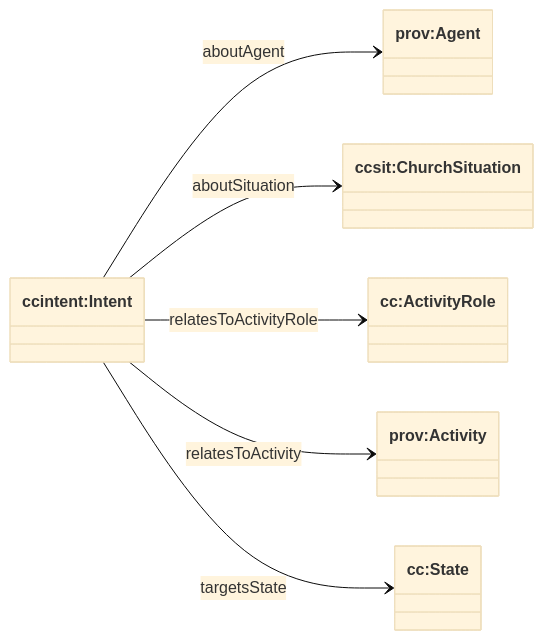
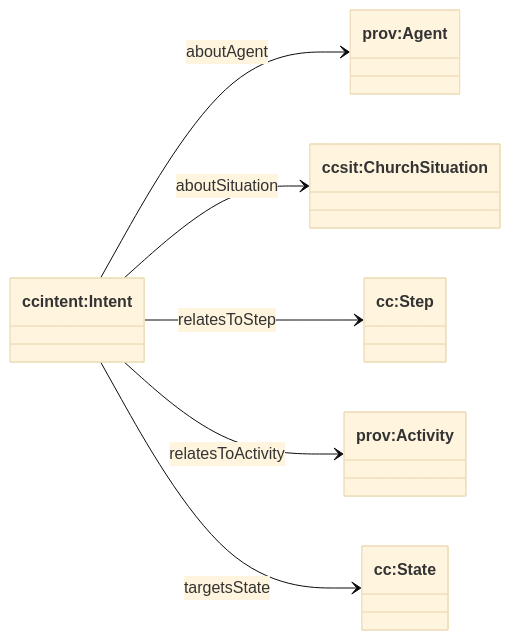
One commit to RichCanvas3/churchcore changed the second of 2 diagrams in packages/churchcore-ontology/docs/ontology/intent.md. Above: the diagram before and after it, drawn with Mermaid (base theme). The commit also changed 12 other files, not shown here.

Commit message:
changed ActivityRole to Step

````diff
--- a/packages/churchcore-ontology/docs/ontology/intent.md
+++ b/packages/churchcore-ontology/docs/ontology/intent.md
@@ -36,17 +36,17 @@
 ```mermaid
 classDiagram
 direction LR
 
 class ccintent_Intent["ccintent:Intent"]
 class prov_Agent["prov:Agent"]
 class ccsit_ChurchSituation["ccsit:ChurchSituation"]
-class cc_ActivityRole["cc:ActivityRole"]
+class cc_Step["cc:Step"]
 class prov_Activity["prov:Activity"]
 class cc_State["cc:State"]
 
 ccintent_Intent --> prov_Agent : aboutAgent
 ccintent_Intent --> ccsit_ChurchSituation : aboutSituation
-ccintent_Intent --> cc_ActivityRole : relatesToActivityRole
+ccintent_Intent --> cc_Step : relatesToStep
 ccintent_Intent --> prov_Activity : relatesToActivity
 ccintent_Intent --> cc_State : targetsState
 ```
````
